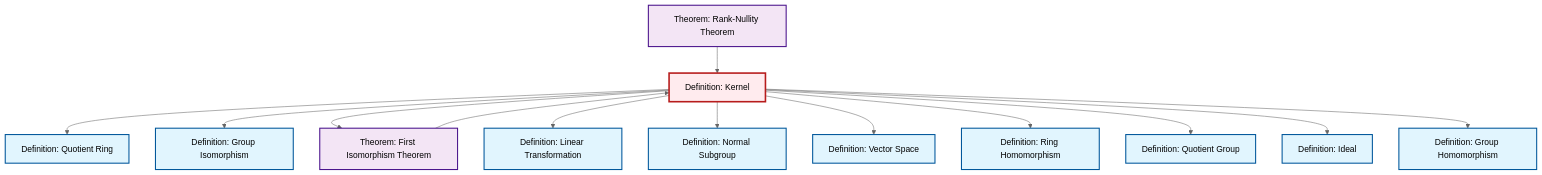
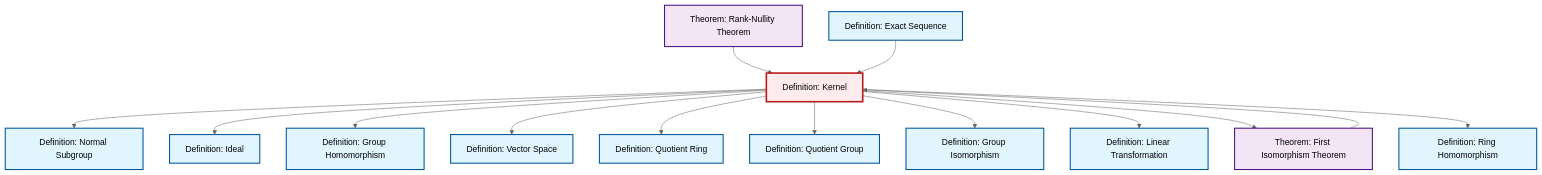
The diagram in content/en/algebra/def-kernel.qmd (RK0429/ModernMath), drawn with Mermaid (neutral theme) before and after one commit. The commit also changed 654 other files, not shown here.

````diff
--- a/content/en/algebra/def-kernel.qmd
+++ b/content/en/algebra/def-kernel.qmd
@@ -82,45 +82,48 @@
 ```{mermaid}
 %%| fig-cap: "Local dependency graph"
 graph TD
     classDef definition fill:#e1f5fe,stroke:#01579b,stroke-width:2px
     classDef theorem fill:#f3e5f5,stroke:#4a148c,stroke-width:2px
     classDef axiom fill:#fff3e0,stroke:#e65100,stroke-width:2px
     classDef example fill:#e8f5e9,stroke:#1b5e20,stroke-width:2px
     classDef current fill:#ffebee,stroke:#b71c1c,stroke-width:3px
+    thm-rank-nullity["Theorem: Rank-Nullity Theorem"]:::theorem
     def-quotient-ring["Definition: Quotient Ring"]:::definition
-    thm-rank-nullity["Theorem: Rank-Nullity Theorem"]:::theorem
+    def-isomorphism["Definition: Group Isomorphism"]:::definition
     def-ring-homomorphism["Definition: Ring Homomorphism"]:::definition
+    thm-first-isomorphism["Theorem: First Isomorphism Theorem"]:::theorem
     def-quotient-group["Definition: Quotient Group"]:::definition
+    def-kernel["Definition: Kernel"]:::definition
+    def-ideal["Definition: Ideal"]:::definition
+    def-homomorphism["Definition: Group Homomorphism"]:::definition
     def-normal-subgroup["Definition: Normal Subgroup"]:::definition
-    def-isomorphism["Definition: Group Isomorphism"]:::definition
-    thm-first-isomorphism["Theorem: First Isomorphism Theorem"]:::theorem
+    def-exact-sequence["Definition: Exact Sequence"]:::definition
     def-linear-transformation["Definition: Linear Transformation"]:::definition
-    def-kernel["Definition: Kernel"]:::definition
-    def-homomorphism["Definition: Group Homomorphism"]:::definition
     def-vector-space["Definition: Vector Space"]:::definition
-    def-ideal["Definition: Ideal"]:::definition
+    thm-rank-nullity --> def-kernel
+    def-kernel --> def-normal-subgroup
+    def-kernel --> def-ideal
+    def-kernel --> def-homomorphism
+    def-kernel --> def-vector-space
     def-kernel --> def-quotient-ring
+    def-kernel --> def-quotient-group
     def-kernel --> def-isomorphism
-    def-kernel --> thm-first-isomorphism
     thm-first-isomorphism --> def-kernel
     def-kernel --> def-linear-transformation
-    def-kernel --> def-normal-subgroup
-    def-kernel --> def-vector-space
+    def-exact-sequence --> def-kernel
+    def-kernel --> thm-first-isomorphism
     def-kernel --> def-ring-homomorphism
-    def-kernel --> def-quotient-group
-    def-kernel --> def-ideal
-    def-kernel --> def-homomorphism
-    thm-rank-nullity --> def-kernel
     class def-kernel current
+    click thm-rank-nullity "thm-rank-nullity.html" "Go to Rank-Nullity Theorem theorem"
     click def-quotient-ring "def-quotient-ring.html" "Go to Quotient Ring definition"
-    click thm-rank-nullity "thm-rank-nullity.html" "Go to Rank-Nullity Theorem theorem"
+    click def-isomorphism "def-isomorphism.html" "Go to Group Isomorphism definition"
     click def-ring-homomorphism "def-ring-homomorphism.html" "Go to Ring Homomorphism definition"
+    click thm-first-isomorphism "thm-first-isomorphism.html" "Go to First Isomorphism Theorem theorem"
     click def-quotient-group "def-quotient-group.html" "Go to Quotient Group definition"
+    click def-ideal "def-ideal.html" "Go to Ideal definition"
+    click def-homomorphism "def-homomorphism.html" "Go to Group Homomorphism definition"
     click def-normal-subgroup "def-normal-subgroup.html" "Go to Normal Subgroup definition"
-    click def-isomorphism "def-isomorphism.html" "Go to Group Isomorphism definition"
-    click thm-first-isomorphism "thm-first-isomorphism.html" "Go to First Isomorphism Theorem theorem"
+    click def-exact-sequence "def-exact-sequence.html" "Go to Exact Sequence definition"
     click def-linear-transformation "def-linear-transformation.html" "Go to Linear Transformation definition"
-    click def-homomorphism "def-homomorphism.html" "Go to Group Homomorphism definition"
     click def-vector-space "def-vector-space.html" "Go to Vector Space definition"
-    click def-ideal "def-ideal.html" "Go to Ideal definition"
 ```
````
